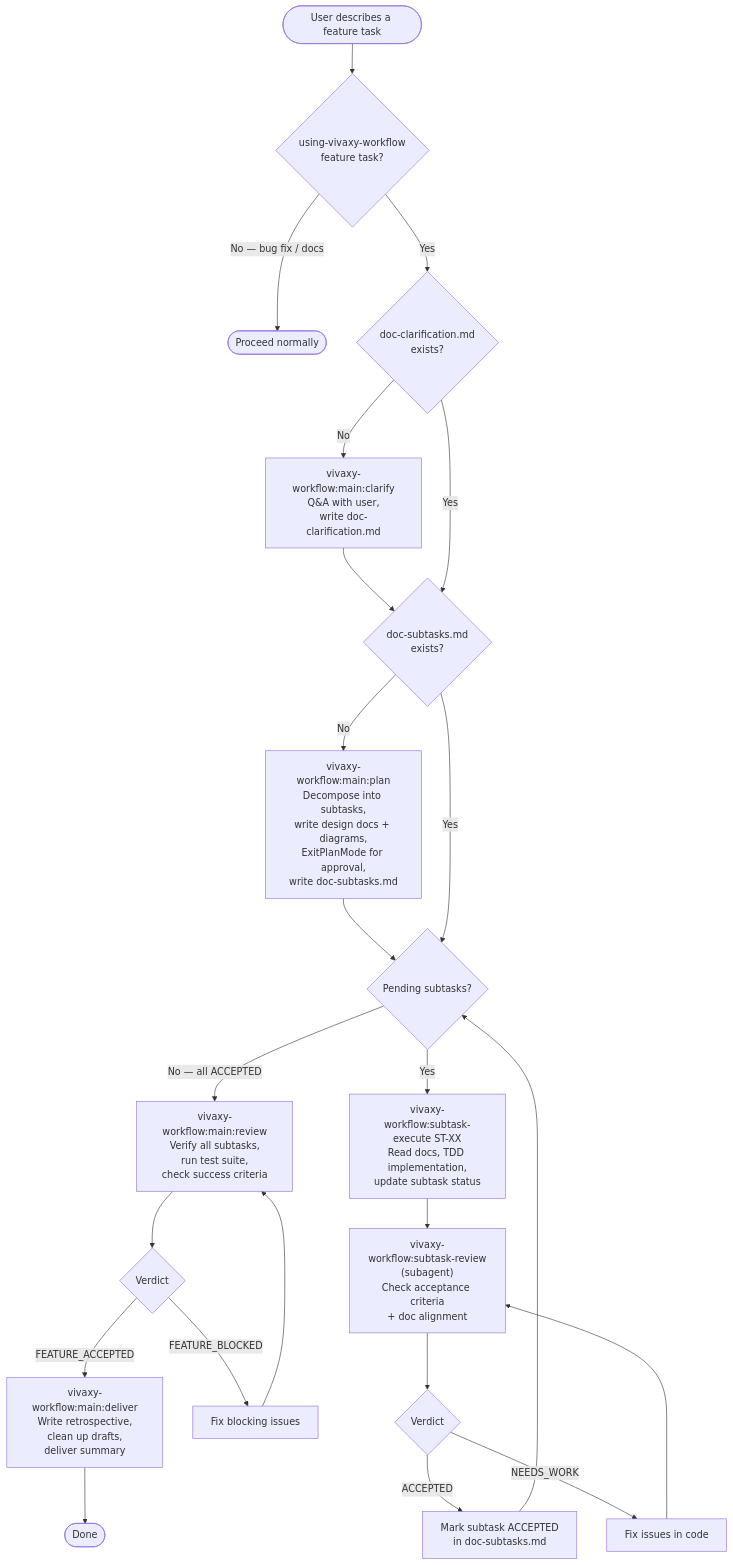
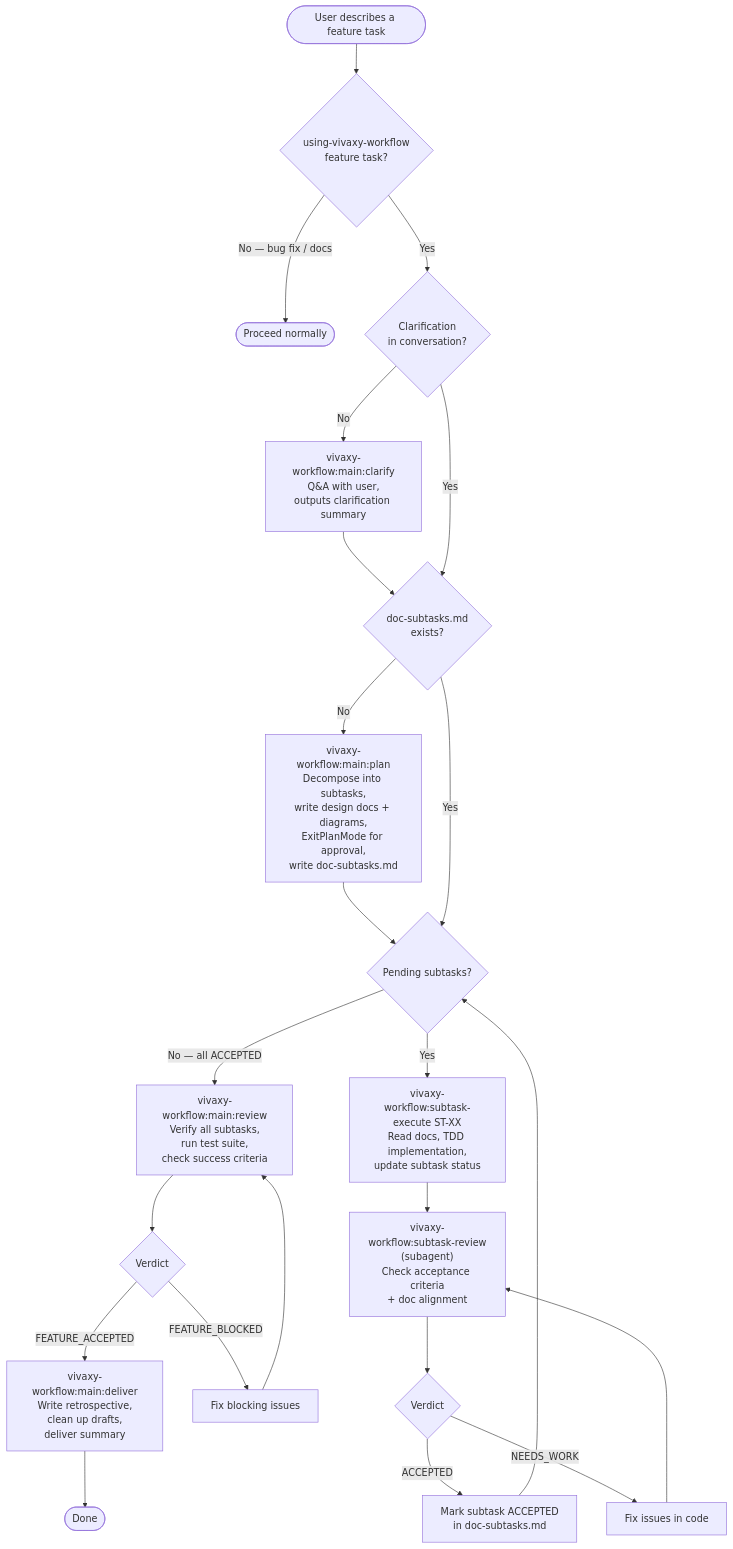
One commit to vivaxy/claude-code-plugin-graph-driven-development changed the diagram in plugins/vivaxy-workflow/docs/flow-execution.md. Above: the diagram before and after it, drawn with Mermaid. The commit also changed other lines of this file and 11 other files, not shown here.

First line of the commit message:
refactor(vivaxy-workflow): move clarification from file to conversation context

````diff
--- a/plugins/vivaxy-workflow/docs/flow-execution.md
+++ b/plugins/vivaxy-workflow/docs/flow-execution.md
@@ -9,31 +9,31 @@
 ```mermaid
 flowchart TD
     Start([User describes a feature task])
 
     Start --> UsingVivaxyWorkflow{"using-vivaxy-workflow<br>feature task?"}
     UsingVivaxyWorkflow -->|No — bug fix / docs| Passthrough([Proceed normally])
-    UsingVivaxyWorkflow -->|Yes| CheckClarify{"doc-clarification.md<br>exists?"}
+    UsingVivaxyWorkflow -->|Yes| CheckClarify{"Clarification<br>in conversation?"}
 
-    CheckClarify -->|No| Clarify["vivaxy-workflow:main:clarify<br>Q&A with user,<br>write doc-clarification.md"]
+    CheckClarify -->|No| Clarify["vivaxy-workflow:main:clarify<br>Q&A with user,<br>outputs clarification summary"]
     Clarify --> CheckPlan{"doc-subtasks.md<br>exists?"}
 
     CheckClarify -->|Yes| CheckPlan
     CheckPlan -->|No| Plan["vivaxy-workflow:main:plan<br>Decompose into subtasks,<br>write design docs + diagrams,<br>ExitPlanMode for approval,<br>write doc-subtasks.md"]
     Plan --> SubtaskLoop
 
     CheckPlan -->|Yes| SubtaskLoop{"Pending subtasks?"}
     SubtaskLoop -->|Yes| Execute["vivaxy-workflow:subtask-execute ST-XX<br>Read docs, TDD implementation,<br>update subtask status"]
     Execute --> SubtaskReview["vivaxy-workflow:subtask-review<br>(subagent)<br>Check acceptance criteria<br>+ doc alignment"]
     SubtaskReview --> SubtaskVerdict{Verdict}
     SubtaskVerdict -->|NEEDS_WORK| FixSubtask[Fix issues in code]
     FixSubtask --> SubtaskReview
     SubtaskVerdict -->|ACCEPTED| MarkAccepted[Mark subtask ACCEPTED<br>in doc-subtasks.md]
     MarkAccepted --> SubtaskLoop
 
     SubtaskLoop -->|No — all ACCEPTED| Review["vivaxy-workflow:main:review<br>Verify all subtasks,<br>run test suite,<br>check success criteria"]
     Review --> FeatureVerdict{Verdict}
     FeatureVerdict -->|FEATURE_BLOCKED| FixFeature[Fix blocking issues]
     FixFeature --> Review
     FeatureVerdict -->|FEATURE_ACCEPTED| Deliver["vivaxy-workflow:main:deliver<br>Write retrospective,<br>clean up drafts,<br>deliver summary"]
     Deliver --> Done([Done])
 ```
````
